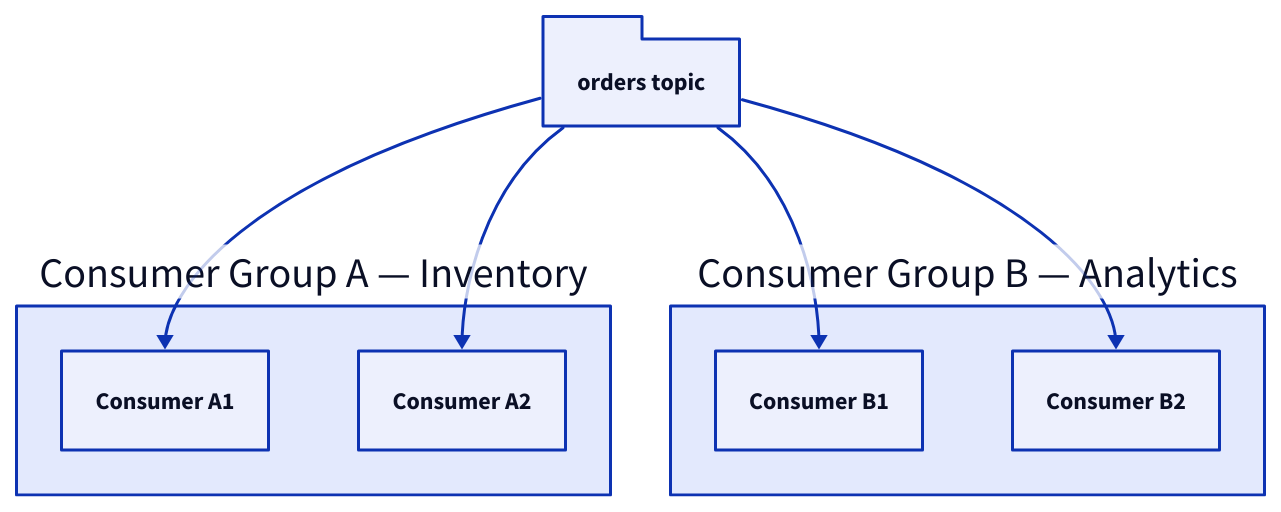
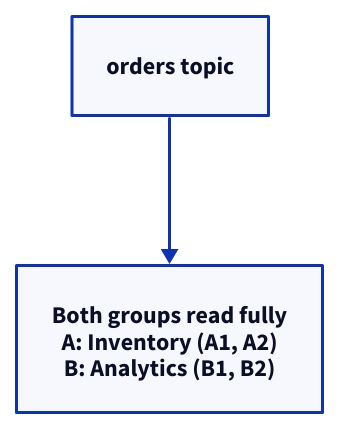
The fifth of 6 diagrams in src/content/blog/kafka-explained-like-you-are-5.md (g-savitha/gsavitha.in), drawn with D2 before and after one commit. The commit also changed other lines of this file and 11 other files, not shown here.

````diff
--- a/src/content/blog/kafka-explained-like-you-are-5.md
+++ b/src/content/blog/kafka-explained-like-you-are-5.md
@@ -164,18 +130,6 @@
 ```d2
 direction: down
-T: "orders topic" {shape: package; class: accent}
-GroupA: "Consumer Group A — Inventory" {
-  direction: down
-  A1: "Consumer A1" {class: info}
-  A2: "Consumer A2" {class: info}
-}
-GroupB: "Consumer Group B — Analytics" {
-  direction: down
-  B1: "Consumer B1" {class: info}
-  B2: "Consumer B2" {class: info}
-}
-T -> GroupA.A1
-T -> GroupA.A2
-T -> GroupB.B1
-T -> GroupB.B2
+T: "orders topic" {class: accent}
+Both: "Both groups read fully\nA: Inventory (A1, A2)\nB: Analytics (B1, B2)" {class: info}
+T -> Both
 ```
````
